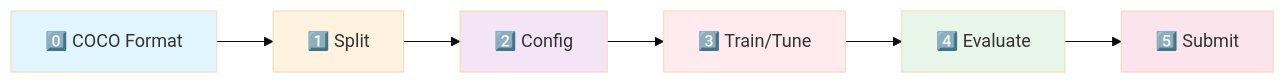
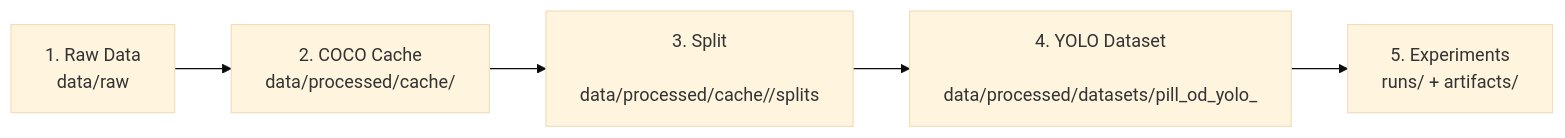
Before and after one commit to ming2tofu33/pjt-sprint_ai07_healthcare: the diagram in README.md, drawn with Mermaid (base theme). The commit also changed other lines of this file and 2 other files, not shown here.

````diff
--- a/README.md
+++ b/README.md
@@ -125,15 +18,7 @@
 ```mermaid
 flowchart LR
-    A[0️⃣ COCO Format] --> B[1️⃣ Split]
-    B --> C[2️⃣ Config]
-    C --> D[3️⃣ Train/Tune]
-    D --> E[4️⃣ Evaluate]
-    E --> F[5️⃣ Submit]
-    
-    style A fill:#e1f5fe
-    style B fill:#fff3e0
-    style C fill:#f3e5f5
-    style D fill:#ffebee
-    style E fill:#e8f5e9
-    style F fill:#fce4ec
+  A[1. Raw Data\n data/raw] --> B[2. COCO Cache\n data/processed/cache/<run>] 
+  B --> C[3. Split\n data/processed/cache/<run>/splits]
+  C --> D[4. YOLO Dataset\n data/processed/datasets/pill_od_yolo_<run>]
+  D --> E[5. Experiments\n runs/<run> + artifacts/<run>]
 ```
````
